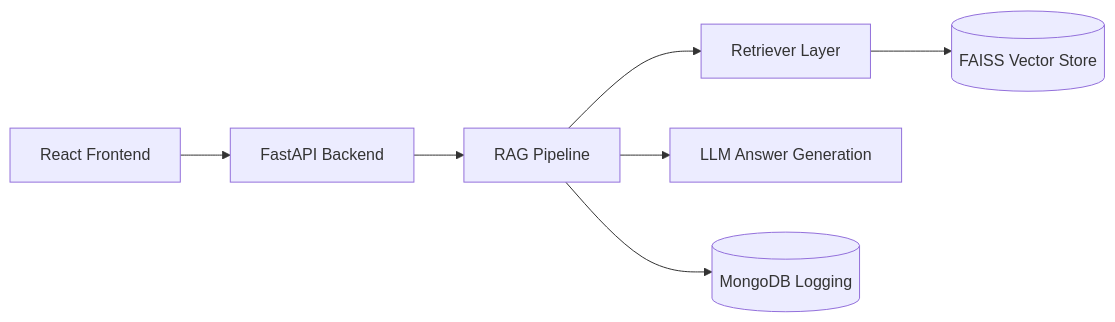
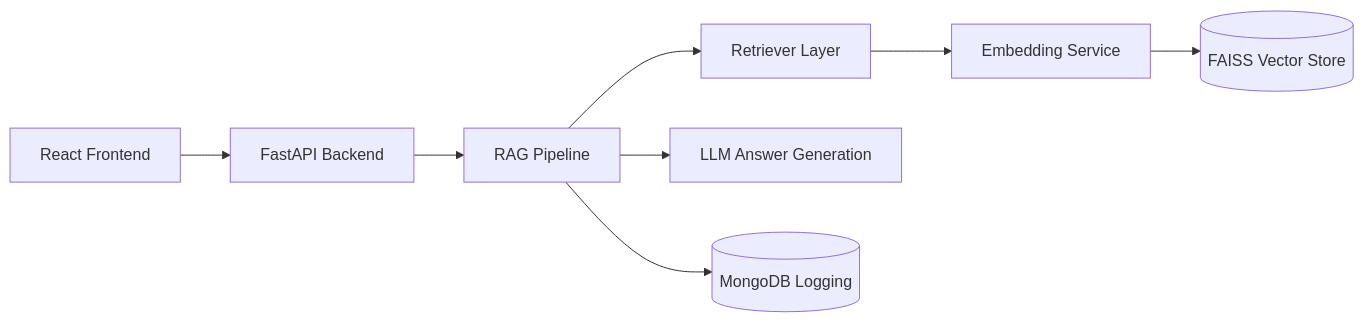
The second of 2 diagrams in README.md (dohunhyeong/2025_idbot), drawn with Mermaid before and after one commit. The commit also changed other lines of this file, not shown here.

````diff
--- a/README.md
+++ b/README.md
@@ -86,10 +88,11 @@
 ``` mermaid
 flowchart LR
 
 React[React Frontend] --> FastAPI[FastAPI Backend]
 FastAPI --> Pipeline[RAG Pipeline]
 Pipeline --> Retrieval[Retriever Layer]
-Retrieval --> VectorDB[(FAISS Vector Store)]
+Retrieval --> Embedding[Embedding Service]
+Embedding --> VectorDB[(FAISS Vector Store)]
 Pipeline --> LLM[LLM Answer Generation]
 Pipeline --> Mongo[(MongoDB Logging)]
 ```
````
